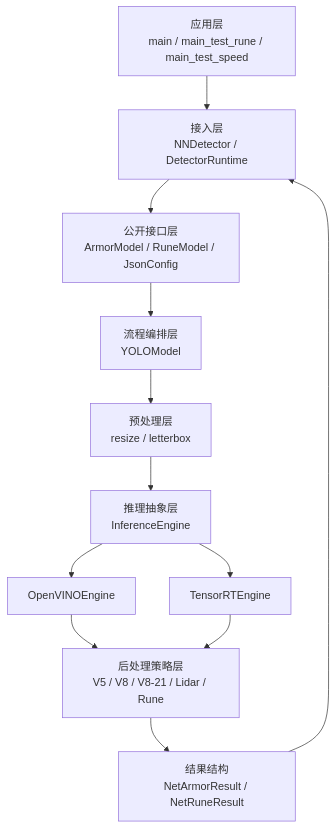
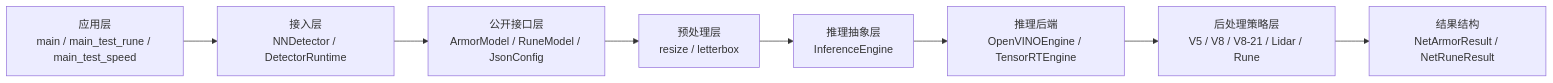
One commit to SZURPVision/26_NNDeployment_Lib_and_Detection_Models changed the second of 3 diagrams in README.md. Above: the diagram before and after it, drawn with Mermaid. The commit also changed other lines of this file and 2 other files, not shown here.

````diff
--- a/README.md
+++ b/README.md
@@ -131,21 +295,13 @@
 ```mermaid
-flowchart TB
+flowchart LR
     A[应用层<br/>main / main_test_rune / main_test_speed]
     B[接入层<br/>NNDetector / DetectorRuntime]
     C[公开接口层<br/>ArmorModel / RuneModel / JsonConfig]
-    D[流程编排层<br/>YOLOModel]
-    E[预处理层<br/>resize / letterbox]
-    F[推理抽象层<br/>InferenceEngine]
-    G1[OpenVINOEngine]
-    G2[TensorRTEngine]
-    H[后处理策略层<br/>V5 / V8 / V8-21 / Lidar / Rune]
-    I[结果结构<br/>NetArmorResult / NetRuneResult]
+    D[预处理层<br/>resize / letterbox]
+    E[推理抽象层<br/>InferenceEngine]
+    F[推理后端<br/>OpenVINOEngine / TensorRTEngine]
+    G[后处理策略层<br/>V5 / V8 / V8-21 / Lidar / Rune]
+    H[结果结构<br/>NetArmorResult / NetRuneResult]
 
-    A --> B --> C --> D
-    D --> E --> F
-    F --> G1
-    F --> G2
-    G1 --> H
-    G2 --> H
-    H --> I --> B
+    A --> B --> C --> D --> E --> F --> G --> H
 ```
````
